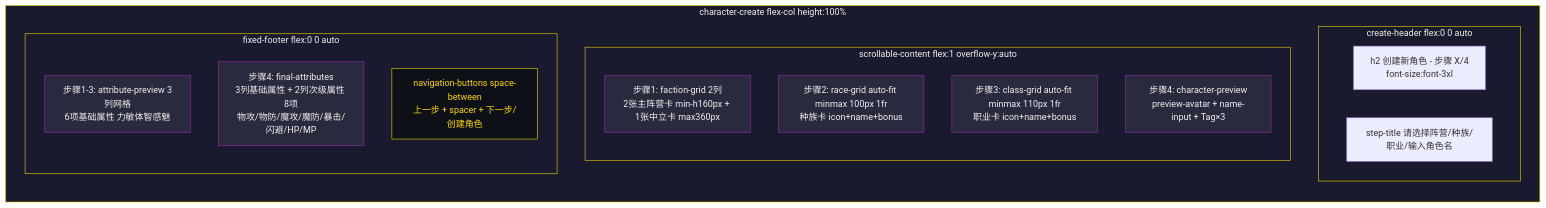
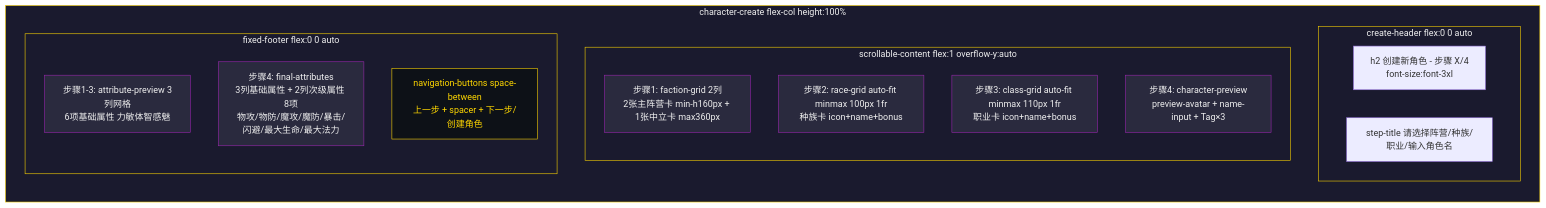
The third of 3 diagrams in doc/UI/UI_DESIGN_SPEC_MAIN.md (SonDemigods/wow_dnd), drawn with Mermaid before and after one commit. The commit also changed other lines of this file and 55 other files, not shown here.

````diff
--- a/doc/UI/UI_DESIGN_SPEC_MAIN.md
+++ b/doc/UI/UI_DESIGN_SPEC_MAIN.md
@@ -362,31 +365,31 @@
 ```mermaid
 flowchart TB
     subgraph createRoot["character-create flex-col height:100%"]
         direction TB
         subgraph header["create-header flex:0 0 auto"]
             title["h2 创建新角色 - 步骤 X/4<br>font-size:font-3xl"]
             stepTitle["step-title 请选择阵营/种族/职业/输入角色名"]
         end
         subgraph scrollArea["scrollable-content flex:1 overflow-y:auto"]
             direction TB
             step1["步骤1: faction-grid 2列<br>2张主阵营卡 min-h160px + 1张中立卡 max360px"]
             step2["步骤2: race-grid auto-fit minmax 100px 1fr<br>种族卡 icon+name+bonus"]
             step3["步骤3: class-grid auto-fit minmax 110px 1fr<br>职业卡 icon+name+bonus"]
             step4["步骤4: character-preview<br>preview-avatar + name-input + Tag×3"]
         end
         subgraph footer["fixed-footer flex:0 0 auto"]
             direction TB
             attrPreview["步骤1-3: attribute-preview 3列网格<br>6项基础属性 力敏体智感魅"]
-            finalAttr["步骤4: final-attributes<br>3列基础属性 + 2列次级属性 8项<br>物攻/物防/魔攻/魔防/暴击/闪避/HP/MP"]
+            finalAttr["步骤4: final-attributes<br>3列基础属性 + 2列次级属性 8项<br>物攻/物防/魔攻/魔防/暴击/闪避/最大生命/最大法力"]
             navBtns["navigation-buttons space-between<br>上一步 + spacer + 下一步/创建角色"]
         end
     end
 
     classDef containerCls fill:#1a1a2e,stroke:#ffd700,color:#f0f0f0
     classDef stepCls fill:#2a2a3e,stroke:#9C27B0,color:#f0f0f0
     classDef btnCls fill:#0d1117,stroke:#ffd700,color:#ffd700
 
     class createRoot,header,scrollArea,footer containerCls
     class step1,step2,step3,step4,attrPreview,finalAttr stepCls
     class navBtns btnCls
 ```
````
